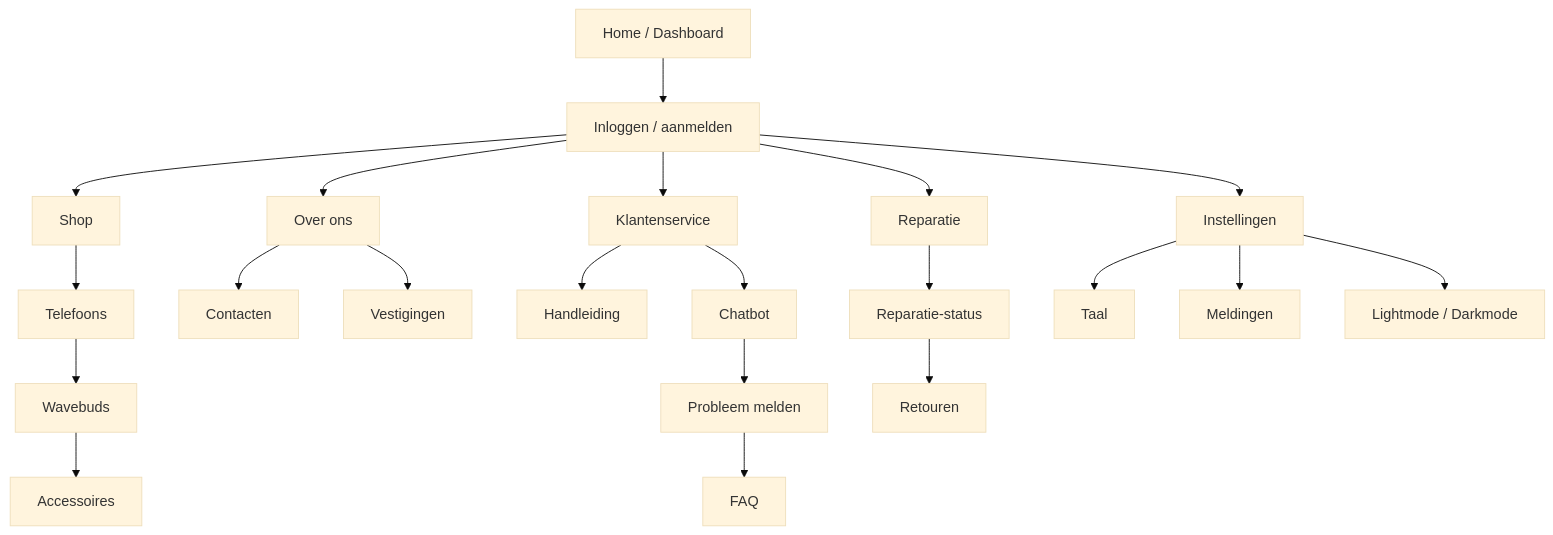
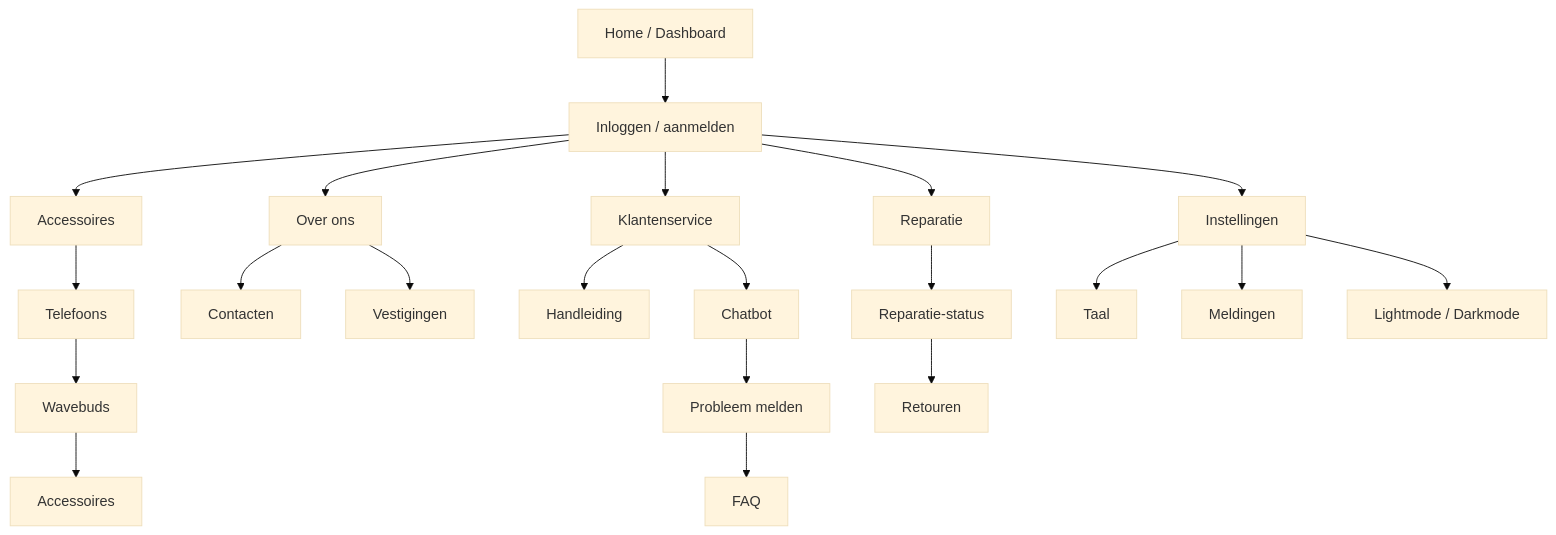
One commit to JasonTomeij/NetWave changed the fourth of 4 diagrams in Introductie.MD. Above: the diagram before and after it, drawn with Mermaid (base theme).

````diff
--- a/Introductie.MD
+++ b/Introductie.MD
@@ -583,39 +583,39 @@
 ```mermaid
 graph TD
     A[Home / Dashboard] --> A1[Inloggen / aanmelden]
 
     %% Verbindingen vanaf inloggen
-    A1 --> B[Shop]
+    A1 --> B[Accessoires]
     A1 --> C[Over ons]
     A1 --> D[Klantenservice]
     A1 --> E[Reparatie]
     A1 --> F[Instellingen]
 
     %% Shop sectie
     B --> B1[Telefoons]
     B1 --> B2[Wavebuds]
     B2 --> B3[Accessoires]
 
     %% Over ons sectie
     C --> C1[Contacten]
     C --> C2[Vestigingen]
 
     %% Klantenservice sectie
     D --> D1[Handleiding]
     D --> D2[Chatbot]
     D2 --> D3[Probleem melden]
     D3 --> D4[FAQ]
 
     %% Reparatie sectie
     E --> E1[Reparatie-status]
     E1 --> E2[Retouren]
 
     %% Instellingen sectie
     F --> F1[Taal]
     F --> F2[Meldingen]
     F --> F3[Lightmode / Darkmode]
 
 
 
 
 ```
````
